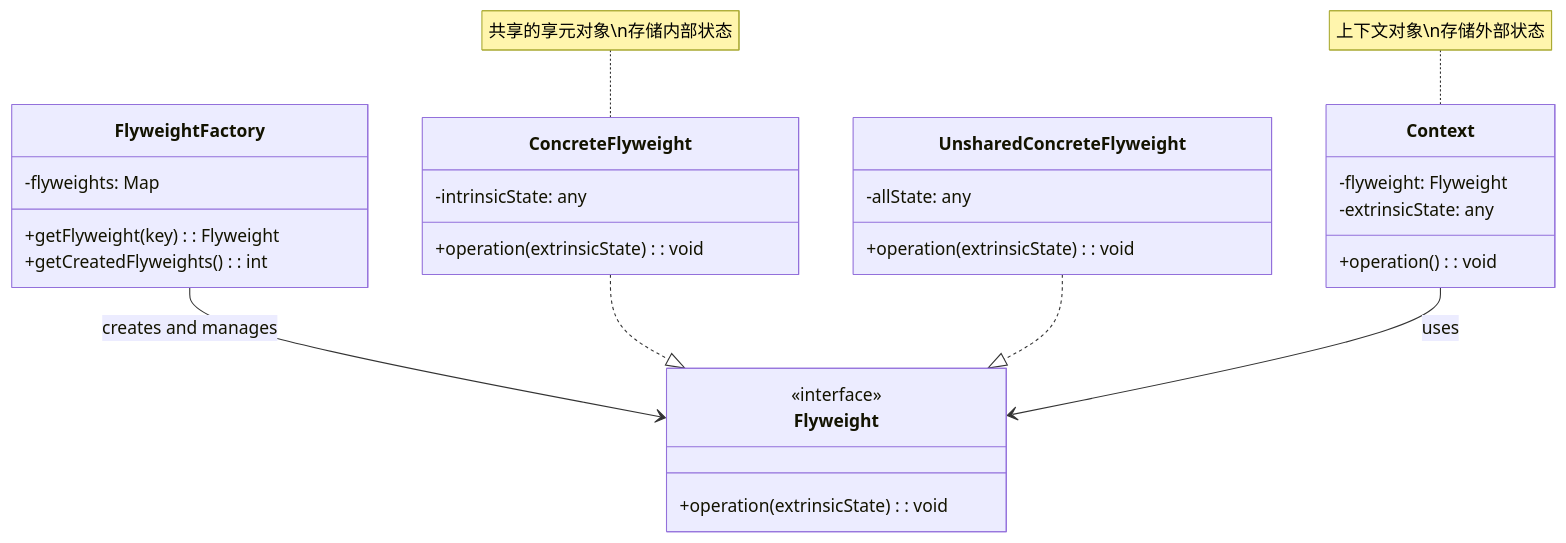
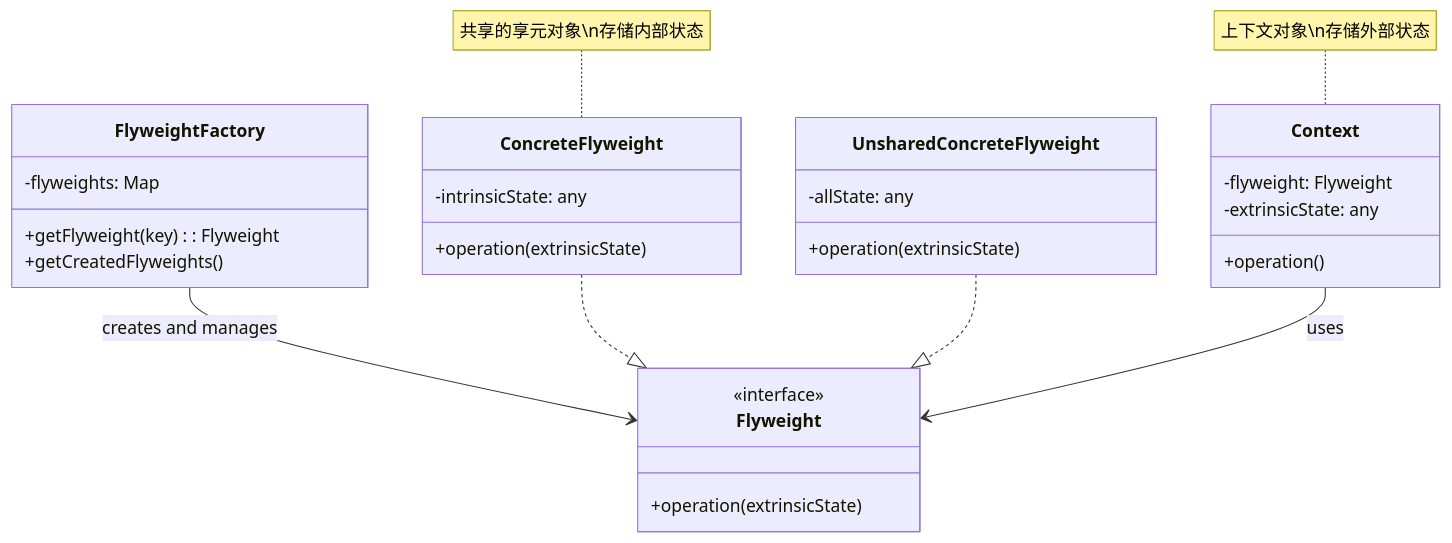
The first of 4 diagrams in resources/design-patterns/laravel/structural/flyweight_zh.md (fanly/DesignPattern), drawn with Mermaid before and after one commit. The commit also changed other lines of this file and 103 other files, not shown here.

````diff
--- a/resources/design-patterns/laravel/structural/flyweight_zh.md
+++ b/resources/design-patterns/laravel/structural/flyweight_zh.md
@@ -10,37 +10,37 @@
 ```mermaid
 classDiagram
     class FlyweightFactory {
         -flyweights: Map
         +getFlyweight(key): Flyweight
-        +getCreatedFlyweights(): int
+        +getCreatedFlyweights()
     }
     
     class Flyweight {
         <<interface>>
-        +operation(extrinsicState): void
+        +operation(extrinsicState)
     }
     
     class ConcreteFlyweight {
         -intrinsicState: any
-        +operation(extrinsicState): void
+        +operation(extrinsicState)
     }
     
     class UnsharedConcreteFlyweight {
         -allState: any
-        +operation(extrinsicState): void
+        +operation(extrinsicState)
     }
     
     class Context {
         -flyweight: Flyweight
         -extrinsicState: any
-        +operation(): void
+        +operation()
     }
     
     FlyweightFactory --> Flyweight : creates and manages
     ConcreteFlyweight ..|> Flyweight
     UnsharedConcreteFlyweight ..|> Flyweight
     Context --> Flyweight : uses
     
     note for ConcreteFlyweight "共享的享元对象\n存储内部状态"
     note for Context "上下文对象\n存储外部状态"
 ```
````
